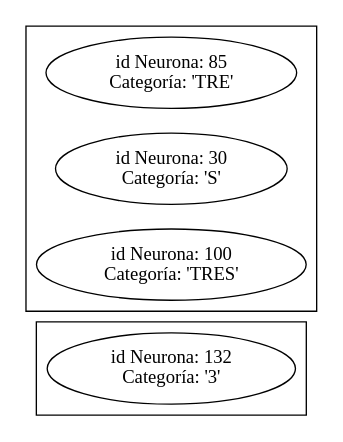
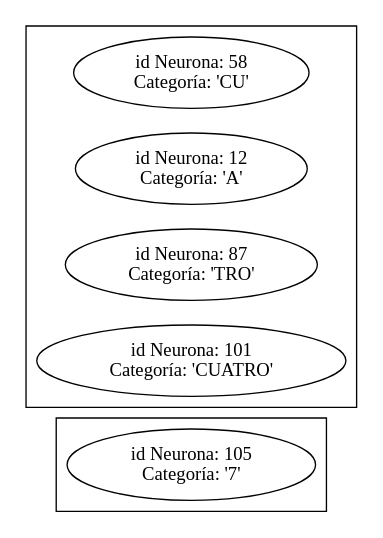
Before and after one commit to JohansSosa89/Brain-Cemisid-v1.5: the diagram in Obj/net_sight.dot, drawn with Graphviz. The commit also changed 16 other files, not shown here.

```diff
--- a/Obj/net_sight.dot
+++ b/Obj/net_sight.dot
@@ -1,113 +1,114 @@
 graph net_neuron{
 rankdir=LR;
 subgraph cluster_0{ }
 subgraph cluster_1{ }
 subgraph cluster_2{ }
-subgraph cluster_3{ "item132" [label=  "id Neurona: 132\nCategor&iacute;a: '3'"];
-}
+subgraph cluster_3{ }
 subgraph cluster_4{ }
 subgraph cluster_5{ }
 subgraph cluster_6{ }
-subgraph cluster_7{ }
+subgraph cluster_7{ "item105" [label=  "id Neurona: 105\nCategor&iacute;a: '7'"];
+}
 subgraph cluster_8{ }
 subgraph cluster_9{ }
 subgraph cluster_10{ }
 subgraph cluster_11{ }
 subgraph cluster_12{ }
 subgraph cluster_13{ }
 subgraph cluster_14{ }
 subgraph cluster_15{ }
 subgraph cluster_16{ }
 subgraph cluster_17{ }
 subgraph cluster_18{ }
 subgraph cluster_19{ }
 subgraph cluster_20{ }
 subgraph cluster_21{ }
 subgraph cluster_22{ }
 subgraph cluster_23{ }
 subgraph cluster_24{ }
 subgraph cluster_25{ }
 subgraph cluster_26{ }
 subgraph cluster_27{ }
 subgraph cluster_28{ }
 subgraph cluster_29{ }
 subgraph cluster_30{ }
 subgraph cluster_31{ }
 subgraph cluster_32{ }
 subgraph cluster_33{ }
 subgraph cluster_34{ }
 subgraph cluster_35{ }
 subgraph cluster_36{ }
 subgraph cluster_37{ }
 subgraph cluster_38{ }
 subgraph cluster_39{ }
 subgraph cluster_40{ }
 subgraph cluster_41{ }
 subgraph cluster_42{ }
 subgraph cluster_43{ }
 subgraph cluster_44{ }
 subgraph cluster_45{ }
 subgraph cluster_46{ }
 subgraph cluster_47{ }
 subgraph cluster_48{ }
 subgraph cluster_49{ }
 subgraph cluster_50{ }
 subgraph cluster_51{ }
 subgraph cluster_52{ }
 subgraph cluster_53{ }
 subgraph cluster_54{ }
 subgraph cluster_55{ }
 subgraph cluster_56{ }
 subgraph cluster_57{ }
 subgraph cluster_58{ }
 subgraph cluster_59{ }
 subgraph cluster_60{ }
 subgraph cluster_61{ }
 subgraph cluster_62{ }
 subgraph cluster_63{ }
 subgraph cluster_64{ }
 subgraph cluster_65{ }
 subgraph cluster_66{ }
 subgraph cluster_67{ }
 subgraph cluster_68{ }
 subgraph cluster_69{ }
 subgraph cluster_70{ }
 subgraph cluster_71{ }
 subgraph cluster_72{ }
 subgraph cluster_73{ }
 subgraph cluster_74{ }
 subgraph cluster_75{ }
 subgraph cluster_76{ }
 subgraph cluster_77{ }
 subgraph cluster_78{ }
 subgraph cluster_79{ }
 subgraph cluster_80{ }
 subgraph cluster_81{ }
 subgraph cluster_82{ }
 subgraph cluster_83{ }
 subgraph cluster_84{ }
 subgraph cluster_85{ }
-subgraph cluster_86{ "item86TRE" [label=  "id Neurona: 85\nCategor&iacute;a: 'TRE'"];
-"item86S" [label=  "id Neurona: 30\nCategor&iacute;a: 'S'"];
-"item100" [label=  "id Neurona: 100\nCategor&iacute;a: 'TRES'"];
+subgraph cluster_86{ }
+subgraph cluster_87{ }
+subgraph cluster_88{ "item88CU" [label=  "id Neurona: 58\nCategor&iacute;a: 'CU'"];
+"item88A" [label=  "id Neurona: 12\nCategor&iacute;a: 'A'"];
+"item88TRO" [label=  "id Neurona: 87\nCategor&iacute;a: 'TRO'"];
+"item101" [label=  "id Neurona: 101\nCategor&iacute;a: 'CUATRO'"];
 }
-subgraph cluster_87{ }
-subgraph cluster_88{ }
 subgraph cluster_89{ }
 subgraph cluster_90{ }
 subgraph cluster_91{ }
 subgraph cluster_92{ }
 subgraph cluster_93{ }
 subgraph cluster_94{ }
 subgraph cluster_95{ }
 subgraph cluster_96{ }
 subgraph cluster_97{ }
 subgraph cluster_98{ }
 subgraph cluster_99{ }
 subgraph cluster_100{ }
 subgraph cluster_101{ }
 subgraph cluster_102{ }
 subgraph cluster_103{ }
 subgraph cluster_104{ }
 
 }
```
